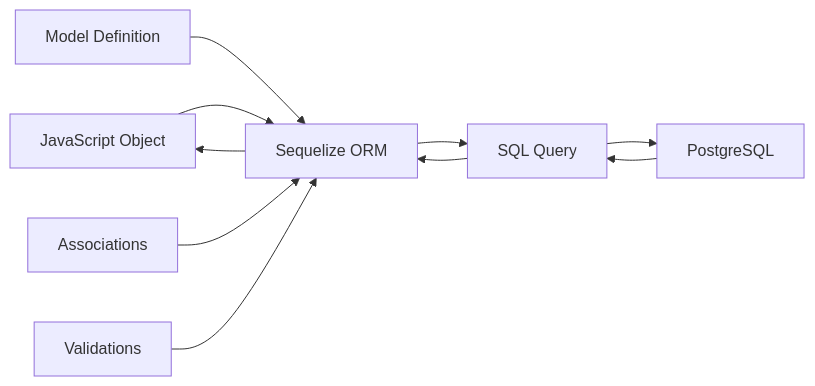
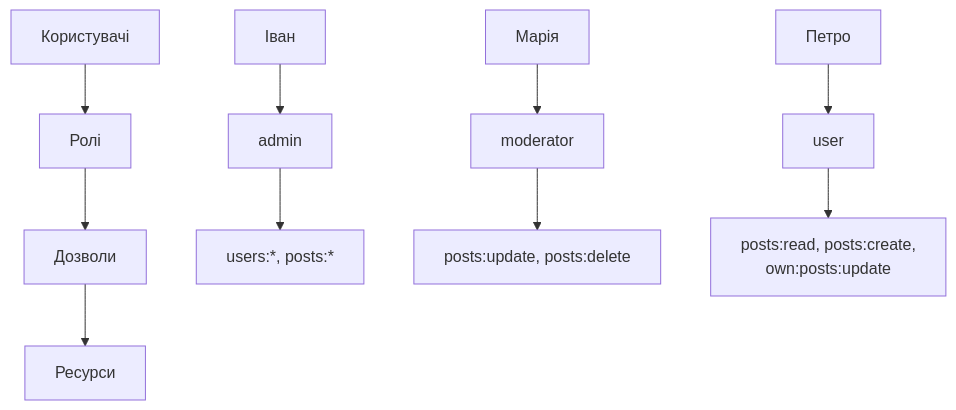
Before and after one commit to olroi421/course-web: the seventh of 10 diagrams in presentations/presentation-05.md, drawn with Mermaid. The commit also changed other lines of this file and 10 other files, not shown here.

````diff
--- a/presentations/presentation-05.md
+++ b/presentations/presentation-05.md
@@ -109,13 +336,14 @@
 ```mermaid
-graph LR
-    A[JavaScript Object] --> B[Sequelize ORM]
-    B --> C[SQL Query]
-    C --> D[PostgreSQL]
-    D --> C
-    C --> B
-    B --> A
+graph TD
+    A[Користувачі] --> B[Ролі]
+    B --> C[Дозволи]
+    C --> D[Ресурси]
 
-    E[Model Definition] --> B
-    F[Associations] --> B
-    G[Validations] --> B
+    A1[Іван] --> B1[admin]
+    A2[Марія] --> B2[moderator]
+    A3[Петро] --> B3[user]
+
+    B1 --> C1["users:*, posts:*"]
+    B2 --> C2["posts:update, posts:delete"]
+    B3 --> C3["posts:read, posts:create,<br/>own:posts:update"]
 ```
````
